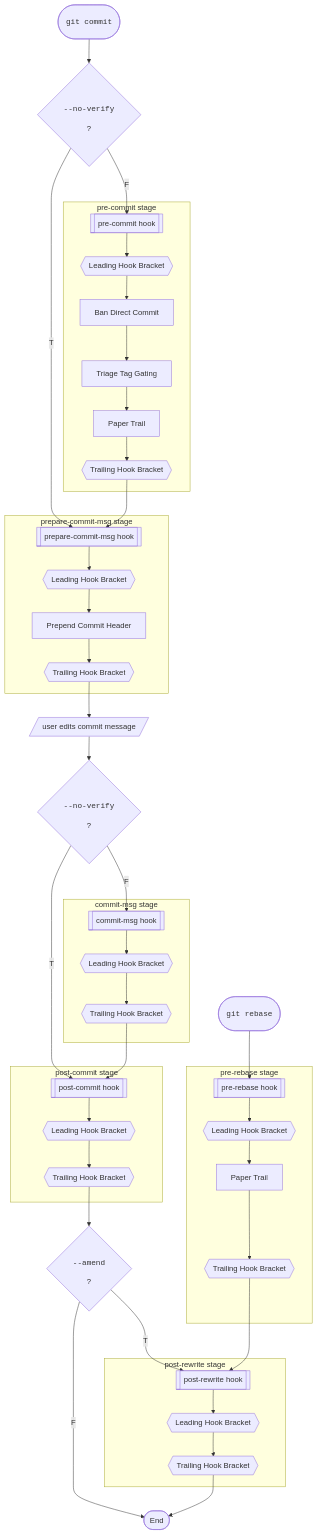
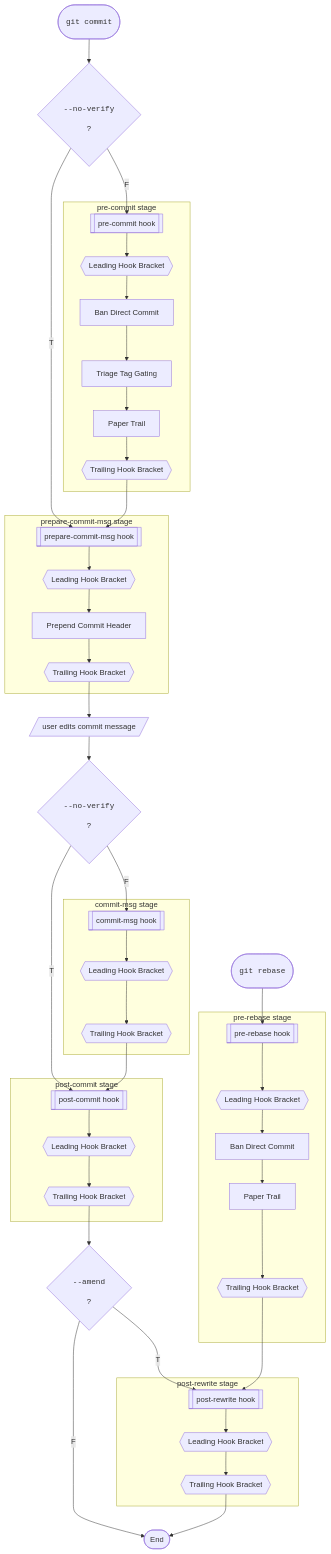
One commit to kami-lel/hupy changed the first of 3 diagrams in docs/chain_doc.md. Above: the diagram before and after it, drawn with Mermaid. The commit also changed other lines of this file and 2 other files, not shown here.

Commit message:
add ban-direct-commit to pre-rebase chain
#`chain_doc.md` add Ban Direct Commit node to pre-rebase chain flow doc
/`pre_rebase.py` block direct-commit during pre-rebase, then run Paper Trail
#`stub-names-by-demand_test.py` adjust test description for pre-rebase demand features

````diff
--- a/docs/chain_doc.md
+++ b/docs/chain_doc.md
@@ -76,59 +74,60 @@
 ```mermaid
 flowchart TD
     A([<pre><code>git commit</code></pre>])
     R([<pre><code>git rebase</code></pre>])
 
     A --> B{<pre><code>--no-verify</code></pre>?}
 
     subgraph precommit [pre-commit stage]
         C[[pre-commit hook]] --> C1{{Leading Hook Bracket}}
         C1 --> E1[Ban Direct Commit]
         E1 --> E2[Triage Tag Gating]
         E2 --> E3[Paper Trail]
         E3 --> C2{{Trailing Hook Bracket}}
     end
     B -->|F| C
 
     subgraph preparemsg [prepare-commit-msg stage]
         F[[prepare-commit-msg hook]] --> F1{{Leading Hook Bracket}}
         F1 --> G[Prepend Commit Header]
         G --> F2{{Trailing Hook Bracket}}
     end
     B -->|T| F
     C2 --> F
 
     F2 --> EditStep[/user edits commit message/]
     EditStep --> H{<pre><code>--no-verify</code></pre>?}
 
     subgraph commitmsg [commit-msg stage]
         I[[commit-msg hook]] --> I1{{Leading Hook Bracket}}
         I1 --> I2{{Trailing Hook Bracket}}
     end
     H -->|F| I
 
     subgraph postcommit [post-commit stage]
         L[[post-commit hook]] --> L1{{Leading Hook Bracket}}
         L1 --> L2{{Trailing Hook Bracket}}
     end
     H -->|T| L
     I2 --> L
 
     L2 --> N{<pre><code>--amend</code></pre>?}
 
     subgraph prerebase [pre-rebase stage]
         prb[[pre-rebase hook]] --> lead0{{Leading Hook Bracket}}
-        lead0 --> pt0[Paper Trail]
+        lead0 --> bdc0[Ban Direct Commit]
+        bdc0 --> pt0[Paper Trail]
         pt0 --> trail0{{Trailing Hook Bracket}}
     end
     R --> prb
 
     subgraph postrewrite [post-rewrite stage]
         O[[post-rewrite hook]] --> O1{{Leading Hook Bracket}}
         O1 --> O2{{Trailing Hook Bracket}}
     end
     N -->|T| O
     trail0 --> O
 
     N -->|F| P([End])
     O2 --> P
 ```
````
